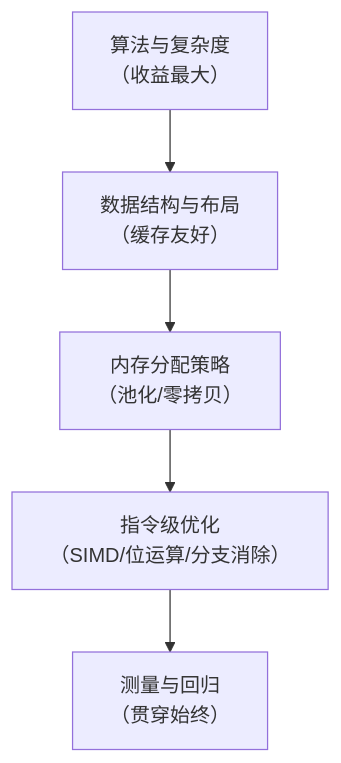
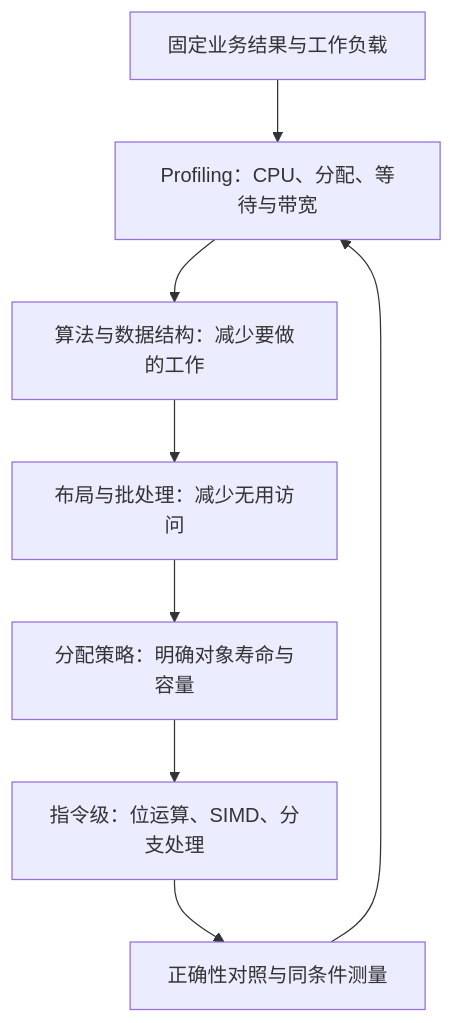
One commit to fantuan812/learning changed the first of 2 diagrams in 知识/02-数学与游戏算法/数据结构与编码/05-位运算与性能优化技巧.md. Above: the diagram before and after it, drawn with Mermaid. The commit also changed other lines of this file and 2 other files, not shown here.

````diff
--- a/知识/02-数学与游戏算法/数据结构与编码/05-位运算与性能优化技巧.md
+++ b/知识/02-数学与游戏算法/数据结构与编码/05-位运算与性能优化技巧.md
@@ -23,7 +23,10 @@
 ```mermaid
 flowchart TD
-    A["算法与复杂度<br/>（收益最大）"] --> B["数据结构与布局<br/>（缓存友好）"]
-    B --> C["内存分配策略<br/>（池化/零拷贝）"]
-    C --> D["指令级优化<br/>（SIMD/位运算/分支消除）"]
-    D --> E["测量与回归<br/>（贯穿始终）"]
+    A["固定业务结果与工作负载"] --> B["Profiling：CPU、分配、等待与带宽"]
+    B --> C["算法与数据结构：减少要做的工作"]
+    C --> D["布局与批处理：减少无用访问"]
+    D --> E["分配策略：明确对象寿命与容量"]
+    E --> F["指令级：位运算、SIMD、分支处理"]
+    F --> G["正确性对照与同条件测量"]
+    G --> B
 ```
````
